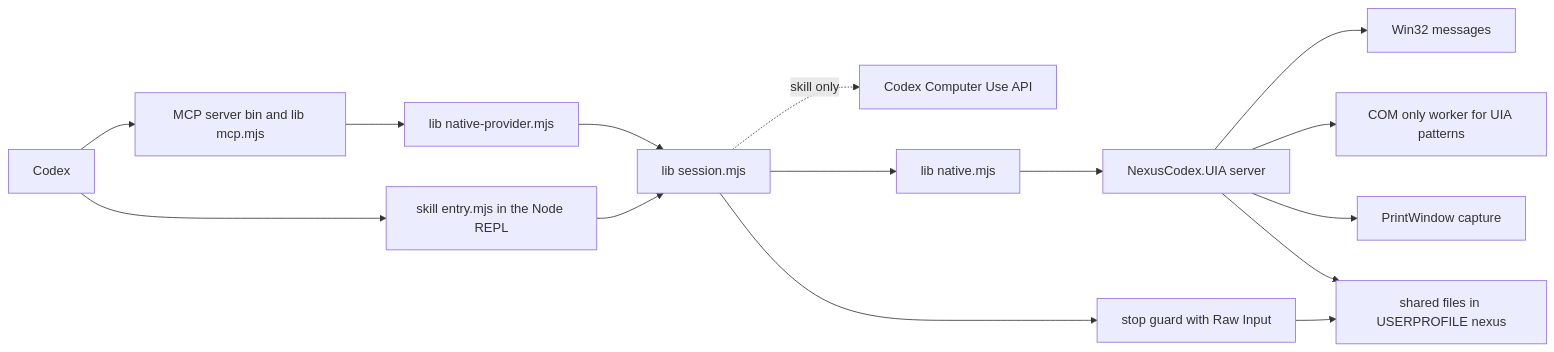
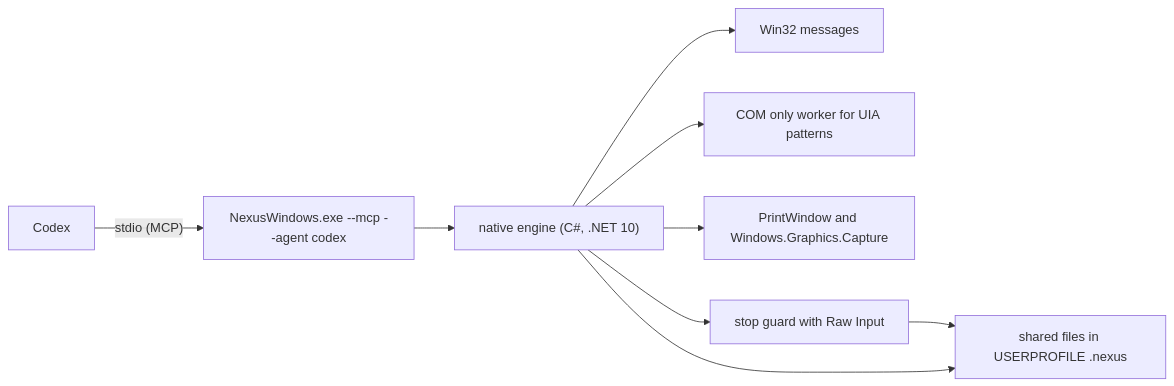
One commit to pironjulien/NexusWindows changed the diagram in codex/README.md. Above: the diagram before and after it, drawn with Mermaid. The commit also changed other lines of this file and 116 other files, not shown here.

First line of the commit message:
Codex profile: retire the Node.js adapter, the native engine serves Codex alone

````diff
--- a/codex/README.md
+++ b/codex/README.md
@@ -343,17 +295,11 @@
 ```mermaid
 flowchart LR
-    Codex["Codex"] --> MCP["MCP server bin and lib mcp.mjs"]
-    MCP --> Provider["lib native-provider.mjs"]
-    Provider --> Session["lib session.mjs"]
-    Codex --> Skill["skill entry.mjs in the Node REPL"]
-    Skill --> Session
-    Session -. skill only .-> Sky["Codex Computer Use API"]
-    Session --> Native["lib native.mjs"]
-    Native --> Helper["NexusCodex.UIA server"]
-    Helper --> Messages["Win32 messages"]
-    Helper --> ComWorker["COM only worker for UIA patterns"]
-    Helper --> Capture["PrintWindow capture"]
-    Session --> Guard["stop guard with Raw Input"]
-    Guard --> Shared["shared files in USERPROFILE nexus"]
-    Helper --> Shared
+    Codex["Codex"] -- "stdio (MCP)" --> Launcher["NexusWindows.exe --mcp --agent codex"]
+    Launcher --> Engine["native engine (C#, .NET 10)"]
+    Engine --> Messages["Win32 messages"]
+    Engine --> ComWorker["COM only worker for UIA patterns"]
+    Engine --> Capture["PrintWindow and Windows.Graphics.Capture"]
+    Engine --> Guard["stop guard with Raw Input"]
+    Guard --> Shared["shared files in USERPROFILE .nexus"]
+    Engine --> Shared
 ```
````
